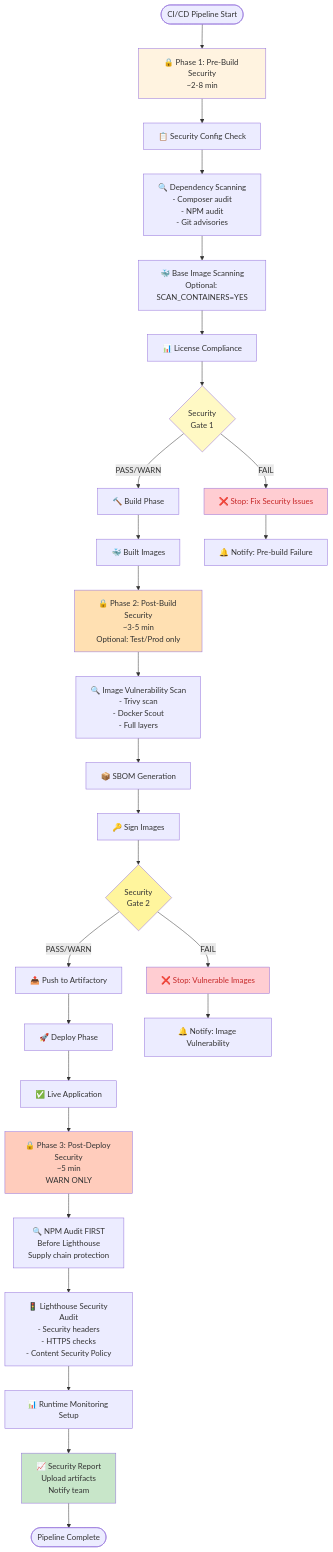
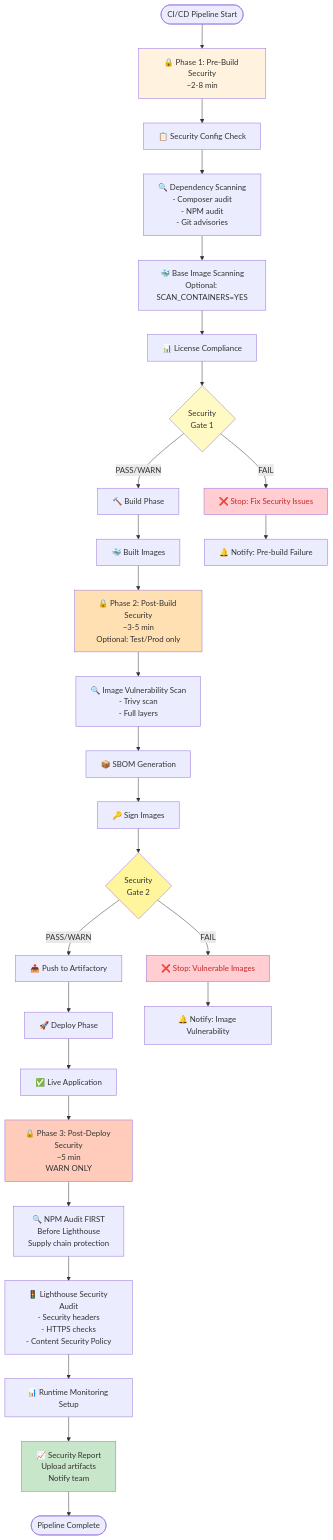
Before and after one commit to bcgov/moodle-nginx: the fifth of 7 diagrams in .docs/diagrams/build-deployment-flow.md, drawn with Mermaid. The commit also changed 10 other files, not shown here.

````diff
--- a/.docs/diagrams/build-deployment-flow.md
+++ b/.docs/diagrams/build-deployment-flow.md
@@ -307,53 +307,53 @@
 ```mermaid
 flowchart TD
     Start([CI/CD Pipeline Start]) --> P1[🔒 Phase 1: Pre-Build Security<br/>~2-8 min]
 
     P1 --> S1[📋 Security Config Check]
     S1 --> S2[🔍 Dependency Scanning<br/>- Composer audit<br/>- NPM audit<br/>- Git advisories]
     S2 --> S3[🐳 Base Image Scanning<br/>Optional: SCAN_CONTAINERS=YES]
     S3 --> S4[📊 License Compliance]
 
     S4 --> Gate1{Security<br/>Gate 1}
 
     Gate1 -->|PASS/WARN| Build[🔨 Build Phase]
     Gate1 -->|FAIL| Stop1[❌ Stop: Fix Security Issues]
 
     Build --> Images[🐳 Built Images]
 
     Images --> P2[🔒 Phase 2: Post-Build Security<br/>~3-5 min<br/>Optional: Test/Prod only]
 
-    P2 --> S5[🔍 Image Vulnerability Scan<br/>- Trivy scan<br/>- Docker Scout<br/>- Full layers]
+    P2 --> S5[🔍 Image Vulnerability Scan<br/>- Trivy scan<br/>- Full layers]
     S5 --> S6[📦 SBOM Generation]
     S6 --> S7[🔑 Sign Images]
 
     S7 --> Gate2{Security<br/>Gate 2}
 
     Gate2 -->|PASS/WARN| Push[📤 Push to Artifactory]
     Gate2 -->|FAIL| Stop2[❌ Stop: Vulnerable Images]
 
     Push --> Deploy[🚀 Deploy Phase]
 
     Deploy --> Live[✅ Live Application]
 
     Live --> P3[🔒 Phase 3: Post-Deploy Security<br/>~5 min<br/>WARN ONLY]
 
     P3 --> S8[🔍 NPM Audit FIRST<br/>Before Lighthouse<br/>Supply chain protection]
     S8 --> S9[🚦 Lighthouse Security Audit<br/>- Security headers<br/>- HTTPS checks<br/>- Content Security Policy]
     S9 --> S10[📊 Runtime Monitoring Setup]
 
     S10 --> Report[📈 Security Report<br/>Upload artifacts<br/>Notify team]
 
     Report --> End([Pipeline Complete])
 
     Stop1 --> Notify1[🔔 Notify: Pre-build Failure]
     Stop2 --> Notify2[🔔 Notify: Image Vulnerability]
 
     style P1 fill:#fff3e0
     style P2 fill:#ffe0b2
     style P3 fill:#ffccbc
     style Gate1 fill:#fff9c4
     style Gate2 fill:#fff59d
     style Stop1 fill:#ffcdd2,color:#c62828
     style Stop2 fill:#ffcdd2,color:#c62828
     style Report fill:#c8e6c9
 ```
````
